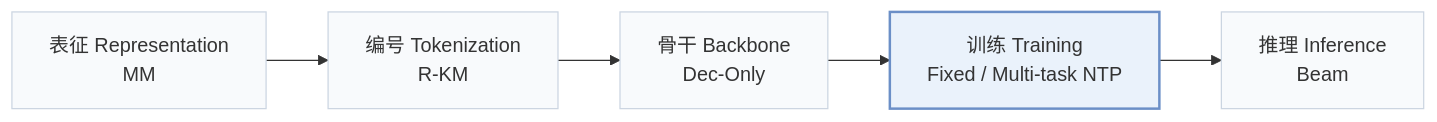
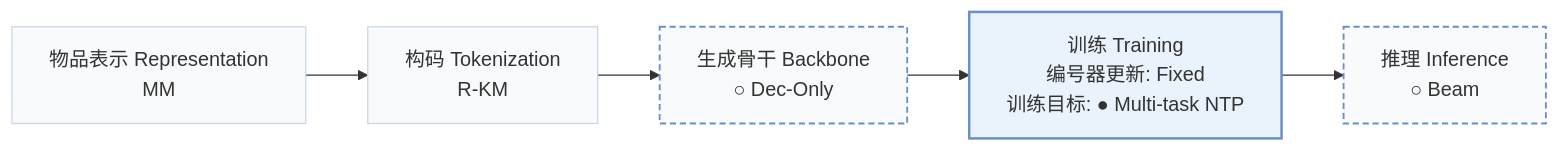
The first of 2 diagrams in pages/zh/papers/onelatent.md (Galaxy-ghost/Awesome-SID-Generative-Rec), drawn with Mermaid before and after one commit. The commit also changed other lines of this file and 558 other files, not shown here.

````diff
--- a/pages/zh/papers/onelatent.md
+++ b/pages/zh/papers/onelatent.md
@@ -15,8 +18,10 @@
 ```mermaid
 flowchart LR
-    R["表征 Representation<br/>MM"] --> T["编号 Tokenization<br/>R-KM"] --> B["骨干 Backbone<br/>Dec-Only"] --> TR["训练 Training<br/>Fixed / Multi-task NTP"] --> I["推理 Inference<br/>Beam"]
+    R["物品表示 Representation<br/>MM"] --> T["构码 Tokenization<br/>R-KM"] --> B["生成骨干 Backbone<br/>○ Dec-Only"] --> TR["训练 Training<br/>编号器更新: Fixed<br/>训练目标: ● Multi-task NTP"] --> I["推理 Inference<br/>○ Beam"]
     classDef base fill:#f8fafc,stroke:#cbd5e1
     class R,T,B,TR,I base
+    classDef other fill:#f8fafc,stroke:#6b8fc7,stroke-width:1.5px,stroke-dasharray:5 3
+    class B,I other
     classDef main fill:#eaf2fb,stroke:#6b8fc7,stroke-width:2px
     class TR main
 ```
````
